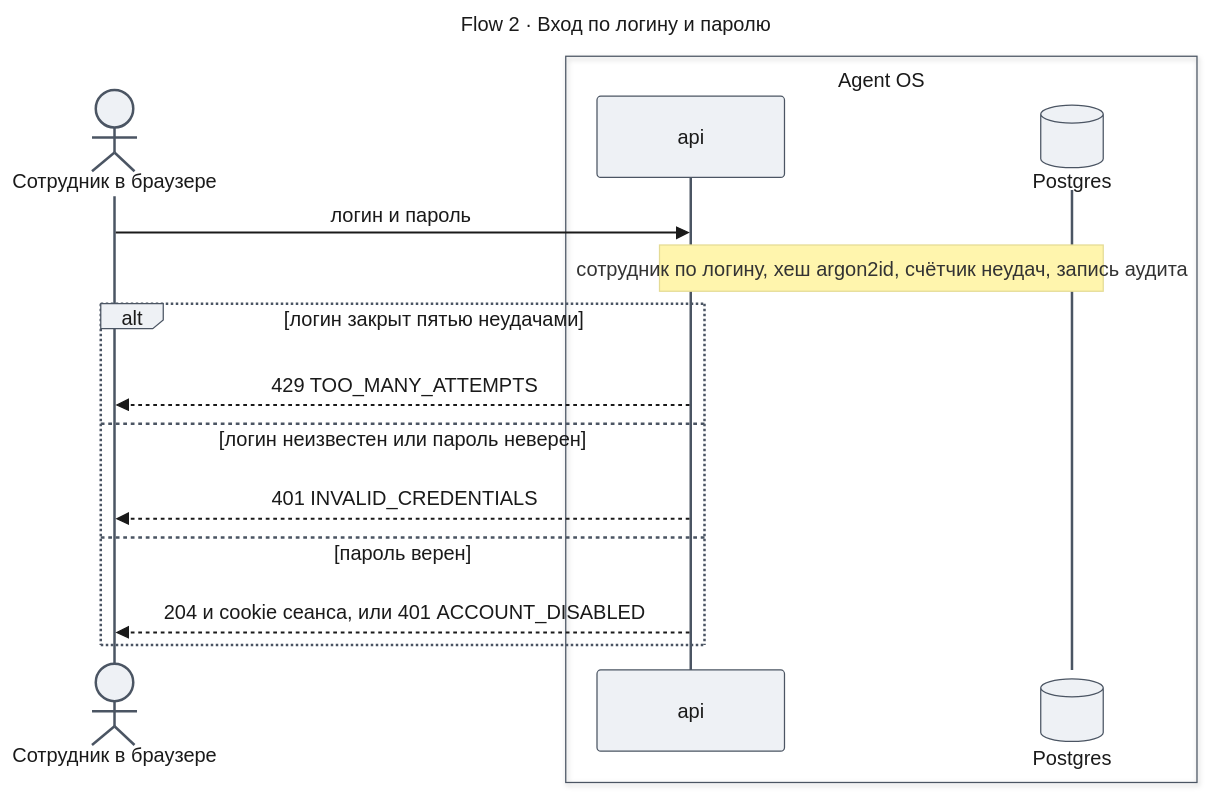
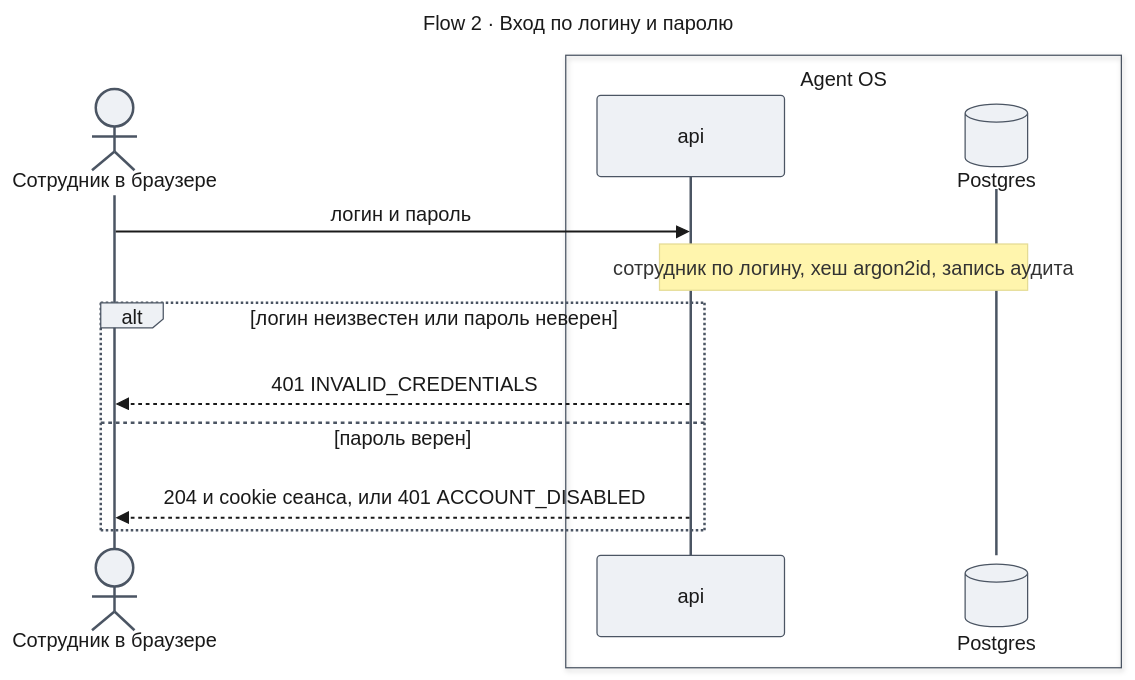
Before and after one commit to tundraray/agent-os: the seventh of 9 diagrams in docs/features/enterprise-access/design-identity.md, drawn with Mermaid. The commit also changed other lines of this file and 6 other files, not shown here.

````diff
--- a/docs/features/enterprise-access/design-identity.md
+++ b/docs/features/enterprise-access/design-identity.md
@@ -585,35 +563,32 @@
 ```mermaid
 ---
 title: "Flow 2 · Вход по логину и паролю"
 config:
   theme: base
   look: classic
   themeVariables:
     primaryColor: "#eef1f5"
     primaryBorderColor: "#4b5563"
     primaryTextColor: "#1a1a1a"
     lineColor: "#6b7280"
   themeCSS: |
-    @keyframes lit_f2p{0%,22.5%{stroke:#991b1b;stroke-width:6px}25%,100%{stroke:#37474f;stroke-width:2px}}
-    @keyframes litr_f2p{0%,22.5%{stroke:#1d4ed8;stroke-width:6px}25%,100%{stroke:#37474f;stroke-width:2px}}
-    .messageLine0[data-id='i0'],.messageLine1[data-id='i0']{animation:lit_f2p 4.8s linear 0s infinite}
-    .messageLine0[data-id='i3'],.messageLine1[data-id='i3']{animation:litr_f2p 4.8s linear 1.2s infinite}
-    .messageLine0[data-id='i5'],.messageLine1[data-id='i5']{animation:litr_f2p 4.8s linear 2.4s infinite}
-    .messageLine0[data-id='i7'],.messageLine1[data-id='i7']{animation:litr_f2p 4.8s linear 3.6s infinite}
+    @keyframes lit_f2p{0%,30%{stroke:#991b1b;stroke-width:6px}33.33%,100%{stroke:#37474f;stroke-width:2px}}
+    @keyframes litr_f2p{0%,30%{stroke:#1d4ed8;stroke-width:6px}33.33%,100%{stroke:#37474f;stroke-width:2px}}
+    .messageLine0[data-id='i0'],.messageLine1[data-id='i0']{animation:lit_f2p 3.6s linear 0s infinite}
+    .messageLine0[data-id='i3'],.messageLine1[data-id='i3']{animation:litr_f2p 3.6s linear 1.2s infinite}
+    .messageLine0[data-id='i5'],.messageLine1[data-id='i5']{animation:litr_f2p 3.6s linear 2.4s infinite}
 ---
 sequenceDiagram
     actor U as Сотрудник в браузере
     box Agent OS
     participant A as api
     participant DB@{ "type": "database" } as Postgres
     end
     U->>A: логин и пароль
-    Note over A,DB: сотрудник по логину, хеш argon2id, счётчик неудач, запись аудита
-    alt логин закрыт пятью неудачами
-        A-->>U: 429 TOO_MANY_ATTEMPTS
-    else логин неизвестен или пароль неверен
+    Note over A,DB: сотрудник по логину, хеш argon2id, запись аудита
+    alt логин неизвестен или пароль неверен
         A-->>U: 401 INVALID_CREDENTIALS
     else пароль верен
         A-->>U: 204 и cookie сеанса, или 401 ACCOUNT_DISABLED
     end
 ```
````
